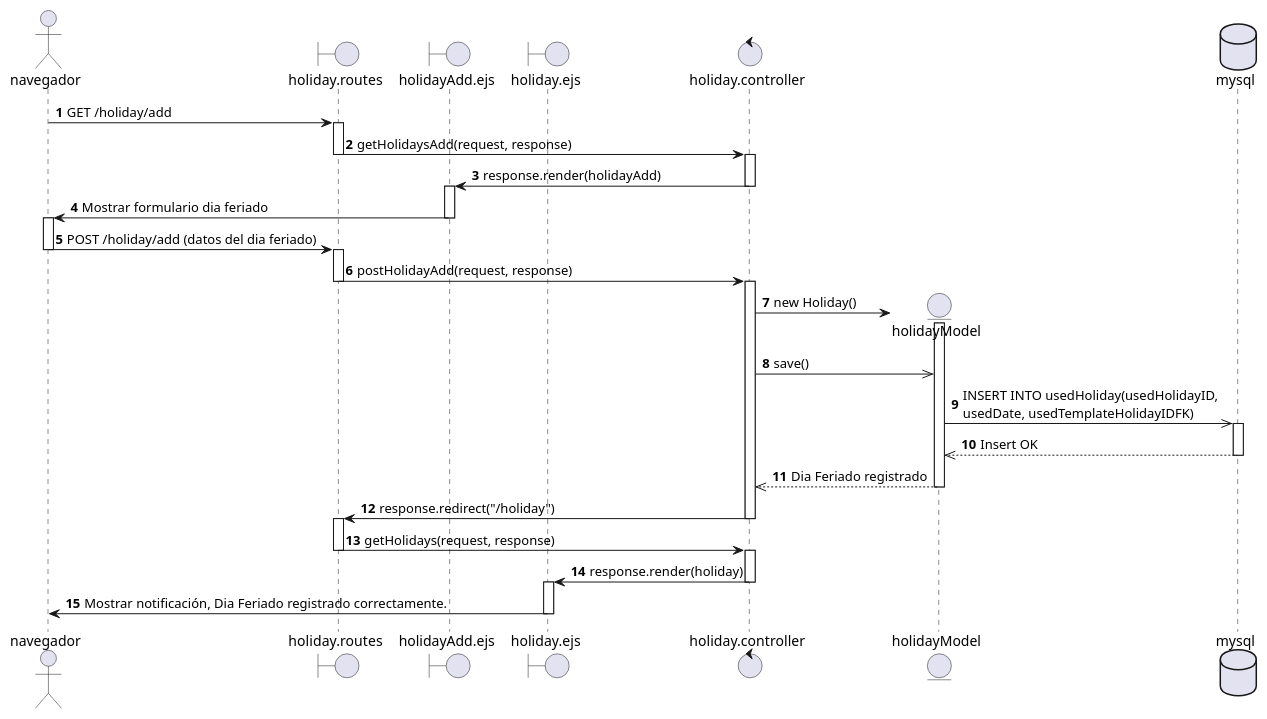
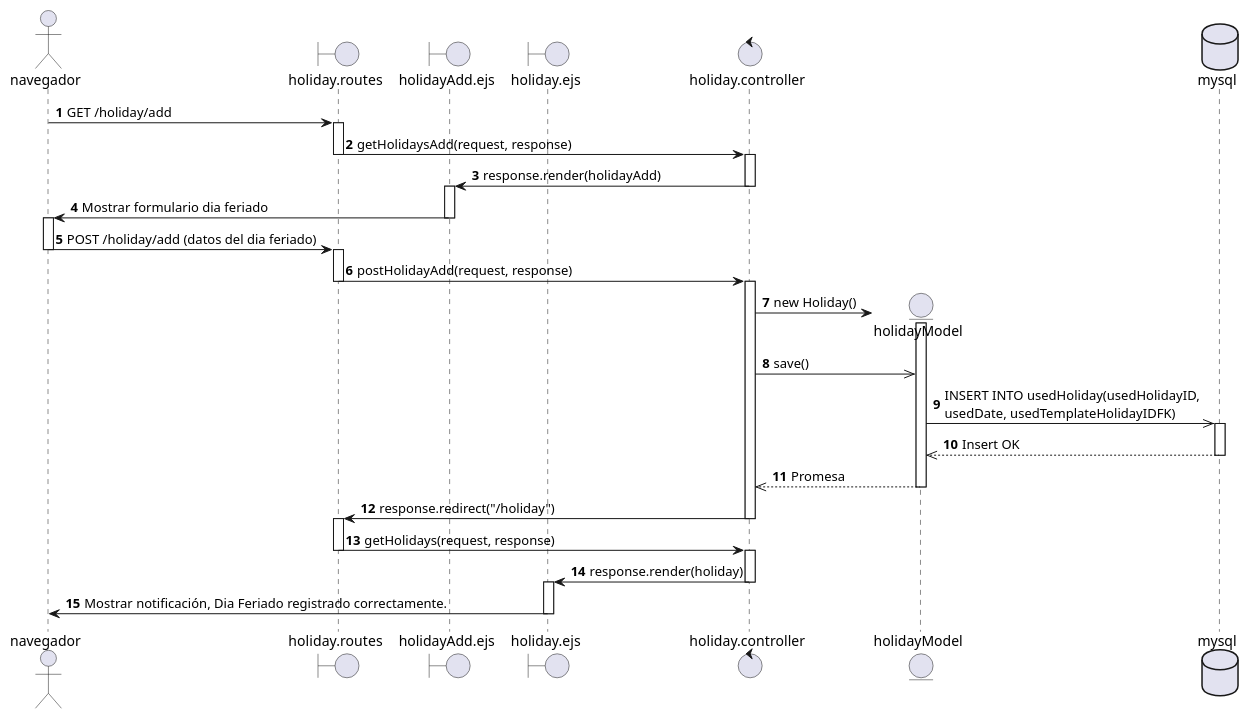
The diagram in diagrams/Casos de Uso/CU Emilio/DS/CU07.puml (EdCanCe/WorkCells), drawn with PlantUML before and after one commit. The commit also changed 11 other files, not shown here.

```diff
--- a/diagrams/Casos de Uso/CU Emilio/DS/CU07.puml
+++ b/diagrams/Casos de Uso/CU Emilio/DS/CU07.puml
@@ -1,60 +1,60 @@
 @startuml CU07 - Superadmin Registra dia feriado
 actor navegador
 boundary holiday.routes
 boundary holidayAdd.ejs
 boundary holiday.ejs
 control holiday.controller
 entity holidayModel
 database mysql
 
 autonumber
 navegador -> holiday.routes : GET /holiday/add
 activate holiday.routes
 
 holiday.routes -> holiday.controller: getHolidaysAdd(request, response)
 deactivate holiday.routes
 activate holiday.controller
 
 holiday.controller -> holidayAdd.ejs: response.render(holidayAdd)
 deactivate holiday.controller
 activate holidayAdd.ejs
 
 holidayAdd.ejs -> navegador : Mostrar formulario dia feriado
 deactivate holidayAdd.ejs
 activate navegador
 
 navegador -> holiday.routes : POST /holiday/add (datos del dia feriado)
 deactivate navegador
 activate holiday.routes
 
 holiday.routes -> holiday.controller : postHolidayAdd(request, response)
 deactivate holiday.routes
 activate holiday.controller
 create holidayModel
 holiday.controller -> holidayModel : new Holiday()
 activate holidayModel
 
 holiday.controller ->> holidayModel : save()
 
 holidayModel ->> mysql : INSERT INTO usedHoliday(usedHolidayID, \nusedDate, usedTemplateHolidayIDFK)
 activate mysql
 mysql -->> holidayModel : Insert OK
 deactivate mysql
-holidayModel -->> holiday.controller : Dia Feriado registrado
+holidayModel -->> holiday.controller : Promesa
 deactivate holidayModel
 
 holiday.controller -> holiday.routes : response.redirect("/holiday")
 deactivate holiday.controller
 activate holiday.routes
 
 holiday.routes -> holiday.controller : getHolidays(request, response)
 deactivate holiday.routes
 activate holiday.controller
 
 holiday.controller -> holiday.ejs : response.render(holiday)
 deactivate holiday.controller
 activate holiday.ejs
 
 holiday.ejs ->navegador : Mostrar notificación, Dia Feriado registrado correctamente.
 deactivate holiday.ejs
 @enduml
```
